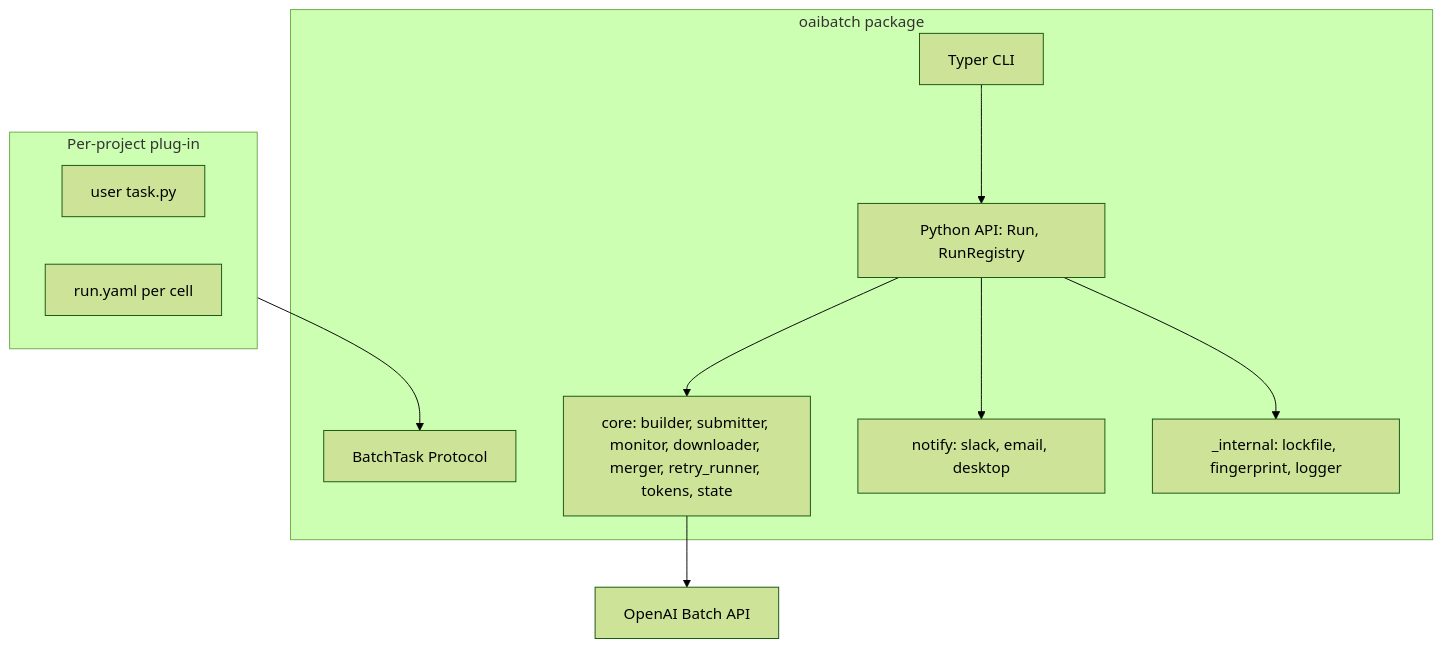
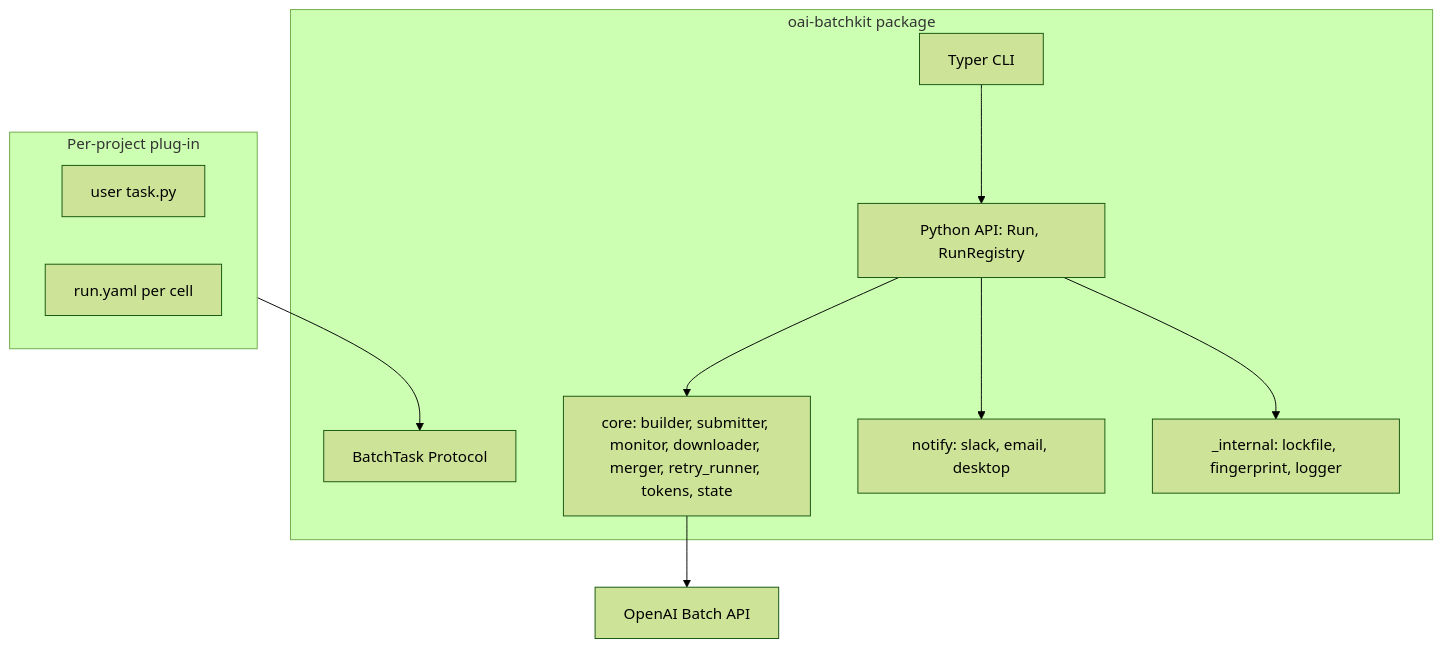
One commit to k-hanafi/oai-batchkit changed the third of 4 diagrams in README.md. Above: the diagram before and after it, drawn with Mermaid (forest theme). The commit also changed other lines of this file and 32 other files, not shown here.

First line of the commit message:
Rename package: oaibatch -> oai-batchkit

````diff
--- a/README.md
+++ b/README.md
@@ -62,19 +62,19 @@
 ```mermaid
 flowchart TB
-    subgraph corepkg [oaibatch package]
+    subgraph corepkg [oai-batchkit package]
         cli[Typer CLI]
         api[Python API: Run, RunRegistry]
         task[BatchTask Protocol]
         engine[core: builder, submitter, monitor, downloader, merger, retry_runner, tokens, state]
         notify[notify: slack, email, desktop]
         internal[_internal: lockfile, fingerprint, logger]
     end
     subgraph plugin [Per-project plug-in]
         usertask[user task.py]
         cfg[run.yaml per cell]
     end
     cli --> api --> engine --> oaiapi[OpenAI Batch API]
     plugin --> task
     api --> notify
     api --> internal
 ```
````
